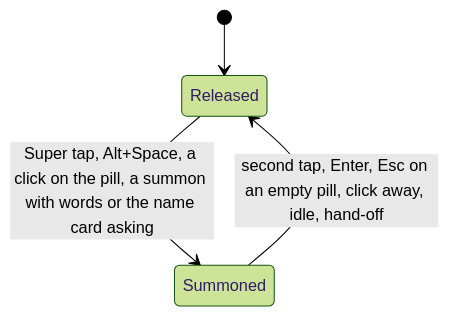
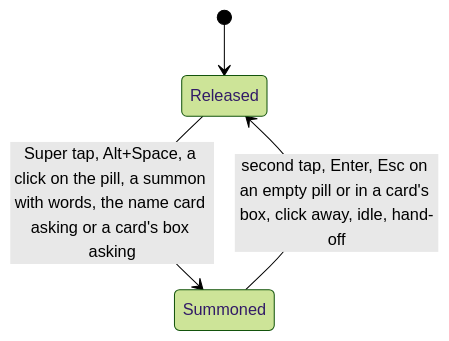
Before and after one commit to thedefaultman/Bombadil: the second of 3 diagrams in docs/architecture/shell.md, drawn with Mermaid (forest theme). The commit also changed other lines of this file and 10 other files, not shown here.

````diff
--- a/docs/architecture/shell.md
+++ b/docs/architecture/shell.md
@@ -83,6 +85,6 @@
 ```mermaid
 stateDiagram-v2
     [*] --> Released
-    Released --> Summoned : Super tap, Alt+Space, a click on the pill, a summon with words or the name card asking
-    Summoned --> Released : second tap, Enter, Esc on an empty pill, click away, idle, hand-off
+    Released --> Summoned : Super tap, Alt+Space, a click on the pill, a summon with words, the name card asking or a card's box asking
+    Summoned --> Released : second tap, Enter, Esc on an empty pill or in a card's box, click away, idle, hand-off
 ```
````
